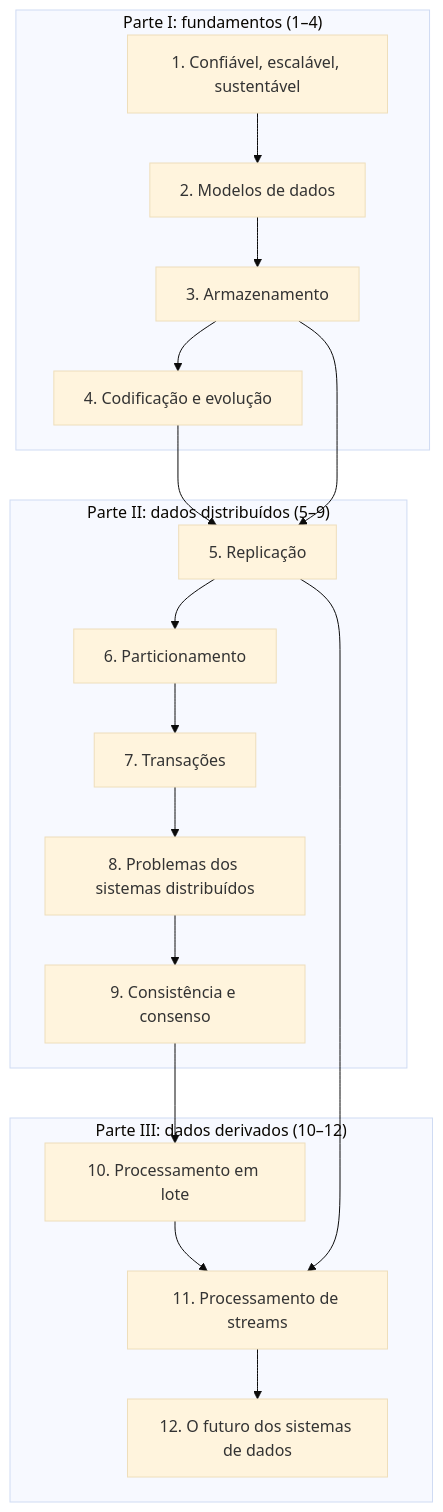
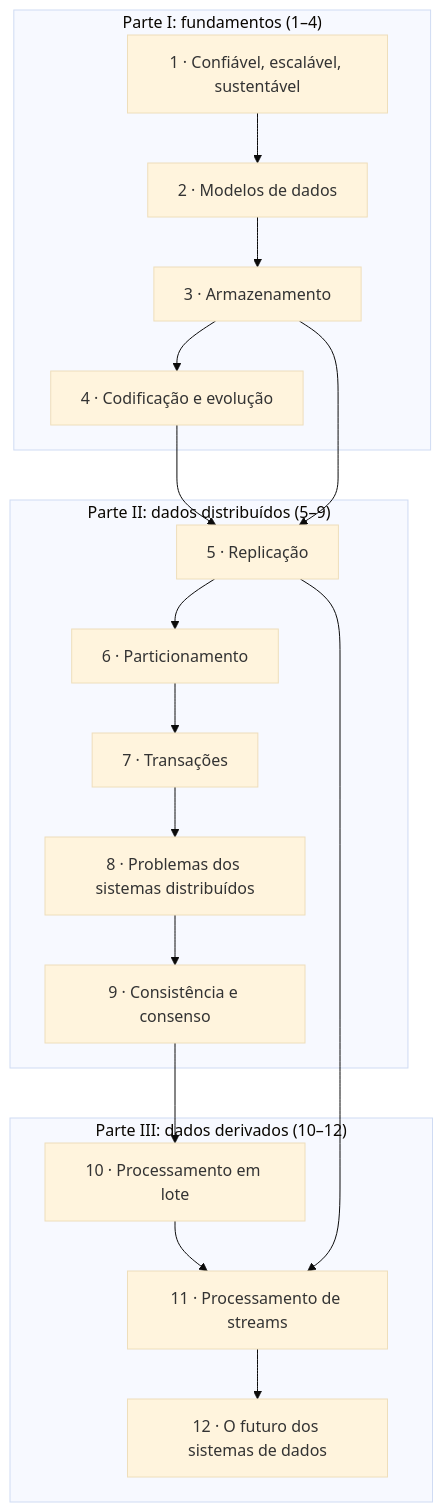
Before and after one commit to ogatalars/guia_software_engineering_teorico: the diagram in content/pt-br/system-design/ddia/index.md, drawn with Mermaid (base theme). The commit also changed 12 other files, not shown here.

First line of the commit message:
fix(content): corrige diagramas Mermaid com rótulos iniciados por 'N.'

````diff
--- a/content/pt-br/system-design/ddia/index.md
+++ b/content/pt-br/system-design/ddia/index.md
@@ -29,22 +29,22 @@
 ```mermaid
 flowchart TD
     subgraph P1["Parte I: fundamentos (1–4)"]
-        C1["1. Confiável, escalável, sustentável"] --> C2["2. Modelos de dados"]
-        C2 --> C3["3. Armazenamento"]
-        C3 --> C4["4. Codificação e evolução"]
+        C1["1 · Confiável, escalável, sustentável"] --> C2["2 · Modelos de dados"]
+        C2 --> C3["3 · Armazenamento"]
+        C3 --> C4["4 · Codificação e evolução"]
     end
     subgraph P2["Parte II: dados distribuídos (5–9)"]
-        C5["5. Replicação"] --> C6["6. Particionamento"]
-        C6 --> C7["7. Transações"]
-        C7 --> C8["8. Problemas dos sistemas distribuídos"]
-        C8 --> C9["9. Consistência e consenso"]
+        C5["5 · Replicação"] --> C6["6 · Particionamento"]
+        C6 --> C7["7 · Transações"]
+        C7 --> C8["8 · Problemas dos sistemas distribuídos"]
+        C8 --> C9["9 · Consistência e consenso"]
     end
     subgraph P3["Parte III: dados derivados (10–12)"]
-        C10["10. Processamento em lote"] --> C11["11. Processamento de streams"]
-        C11 --> C12["12. O futuro dos sistemas de dados"]
+        C10["10 · Processamento em lote"] --> C11["11 · Processamento de streams"]
+        C11 --> C12["12 · O futuro dos sistemas de dados"]
     end
     C4 --> C5
     C3 --> C5
     C9 --> C10
     C5 --> C11
 ```
````
